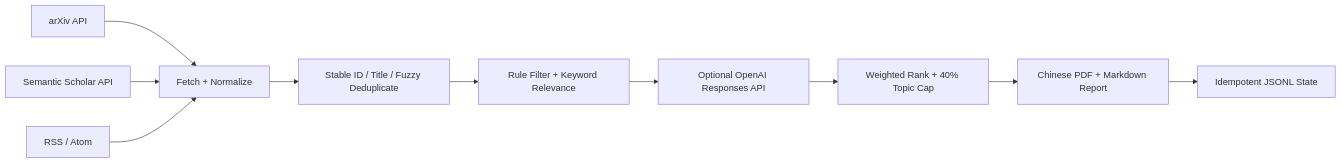
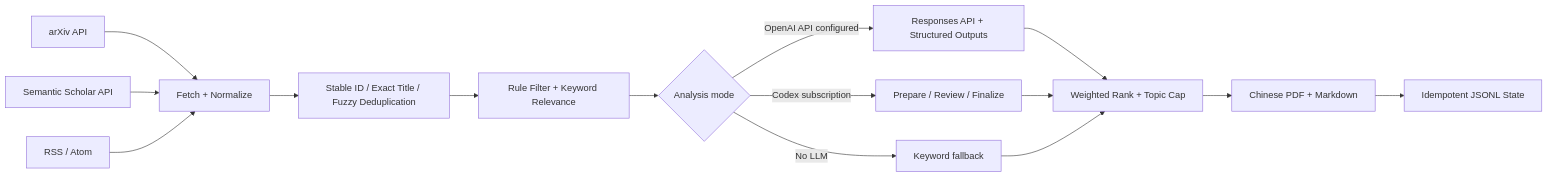
One commit to JunhaoLiXD/cv-research-radar changed the diagram in README.md. Above: the diagram before and after it, drawn with Mermaid. The commit also changed other lines of this file, not shown here.

````diff
--- a/README.md
+++ b/README.md
@@ -7,12 +20,17 @@
 ```mermaid
 flowchart LR
     A["arXiv API"] --> F["Fetch + Normalize"]
     B["Semantic Scholar API"] --> F
     C["RSS / Atom"] --> F
-    F --> D["Stable ID / Title / Fuzzy Deduplicate"]
+    F --> D["Stable ID / Exact Title / Fuzzy Deduplication"]
     D --> R["Rule Filter + Keyword Relevance"]
-    R --> L["Optional OpenAI Responses API"]
-    L --> K["Weighted Rank + 40% Topic Cap"]
-    K --> M["Chinese PDF + Markdown Report"]
+    R --> X{"Analysis mode"}
+    X -->|"OpenAI API configured"| L["Responses API + Structured Outputs"]
+    X -->|"Codex subscription"| Q["Prepare / Review / Finalize"]
+    X -->|"No LLM"| W["Keyword fallback"]
+    L --> K["Weighted Rank + Topic Cap"]
+    Q --> K
+    W --> K
+    K --> M["Chinese PDF + Markdown"]
     M --> S["Idempotent JSONL State"]
 ```
````
